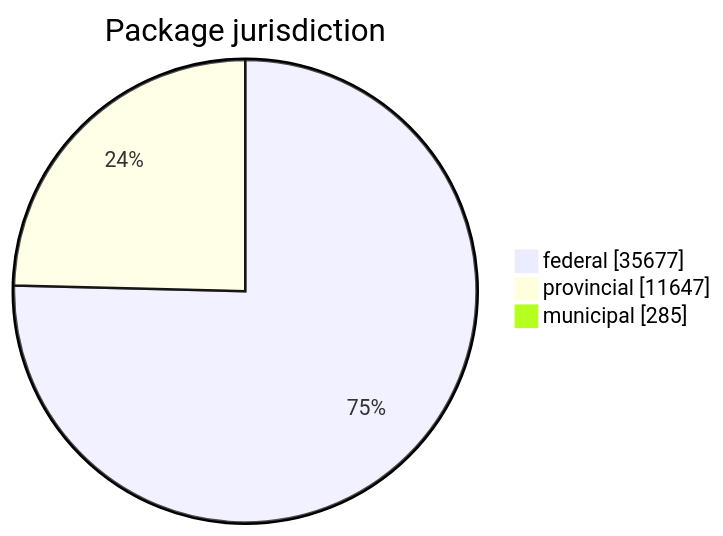
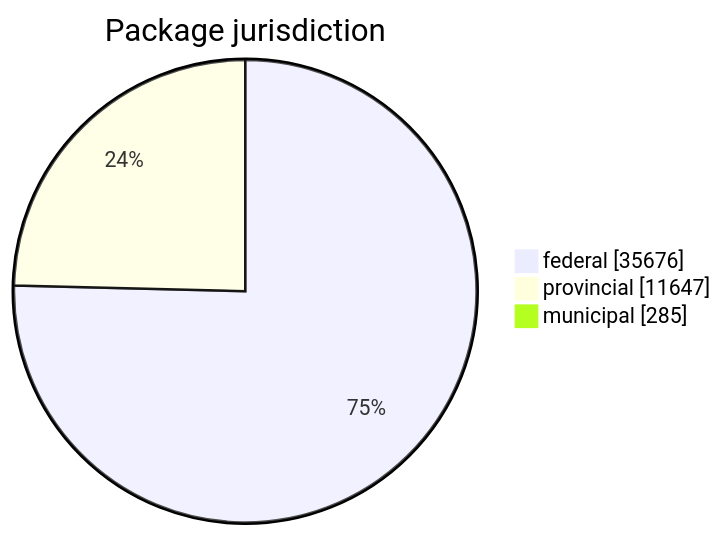
The first of 5 diagrams in FreshCheck/README.md (open-data/analytics-corporate-reporting), drawn with Mermaid before and after one commit. The commit also changed other lines of this file and 3 other files, not shown here.

````diff
--- a/FreshCheck/README.md
+++ b/FreshCheck/README.md
@@ -60,6 +60,6 @@
 ```mermaid
 pie showData title Package jurisdiction
-    "federal": 35677
+    "federal": 35676
     "provincial": 11647
     "municipal": 285
 ```
````
